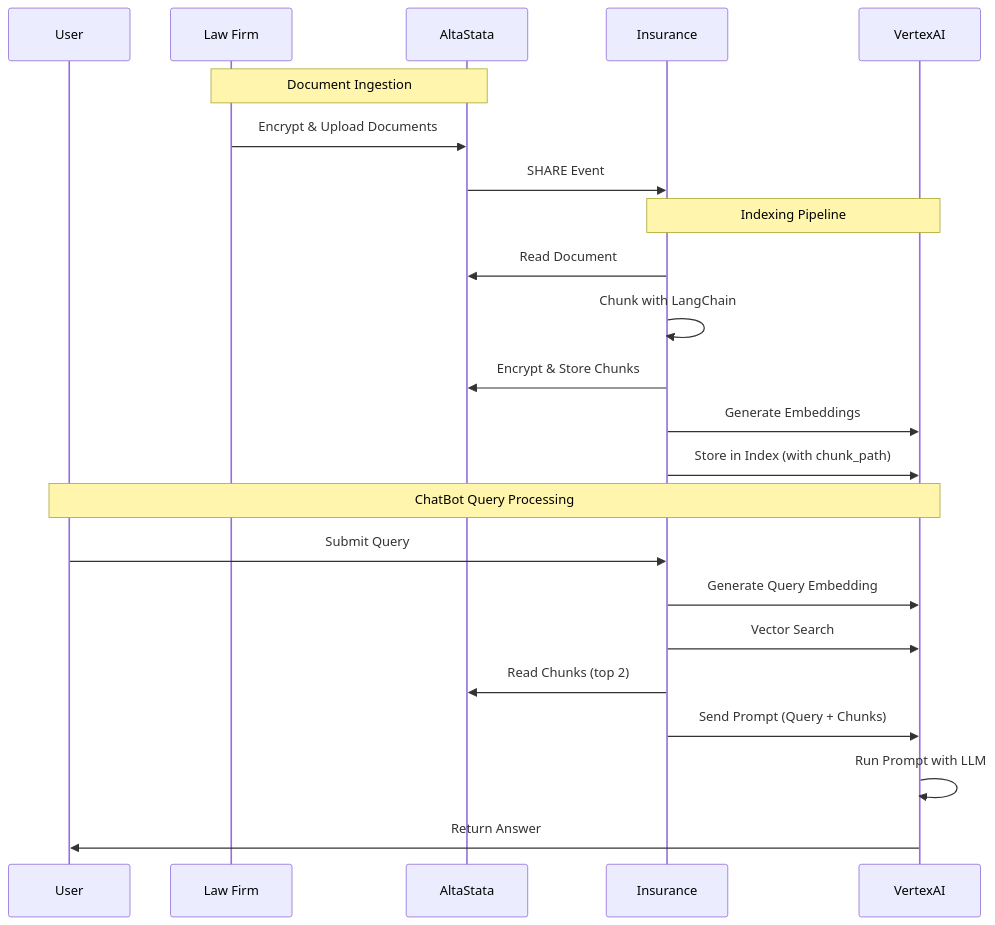
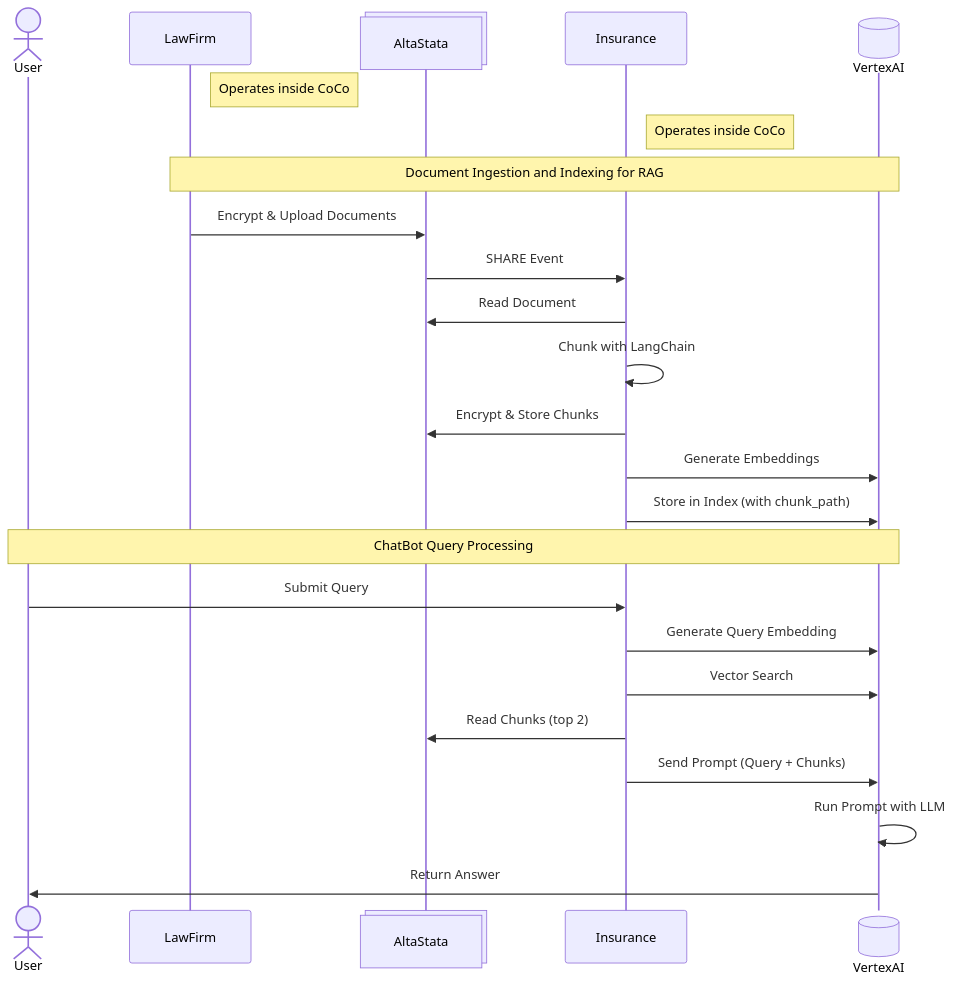
One commit to SergeVil/altastata-python-package changed the second of 2 diagrams in rag-example/rag_architecture_diagram.md. Above: the diagram before and after it, drawn with Mermaid.

Commit message:
Improve RAG architecture diagram: add actor/participant types and CoCo context

````diff
--- a/rag-example/rag_architecture_diagram.md
+++ b/rag-example/rag_architecture_diagram.md
@@ -89,28 +89,26 @@
 ```mermaid
 sequenceDiagram
-    participant User
-    participant Law Firm
-    participant AltaStata
+    actor User
+    participant LawFirm
+    Note right of LawFirm: Operates inside CoCo
+    participant AltaStata@{ "type": "collections" }
     participant Insurance
-    participant VertexAI
-    
-    Note over Law Firm,AltaStata: Document Ingestion
-    Law Firm->>AltaStata: Encrypt & Upload Documents
+    Note right of Insurance: Operates inside CoCo
+    participant VertexAI@{ "type": "database" }
+    Note over LawFirm,VertexAI: Document Ingestion and Indexing for RAG
+    LawFirm->>AltaStata: Encrypt & Upload Documents
     AltaStata->>Insurance: SHARE Event
-    
-    Note over Insurance,VertexAI: Indexing Pipeline
     Insurance->>AltaStata: Read Document
     Insurance->>Insurance: Chunk with LangChain
     Insurance->>AltaStata: Encrypt & Store Chunks
     Insurance->>VertexAI: Generate Embeddings
     Insurance->>VertexAI: Store in Index (with chunk_path)
-    
     Note over User,VertexAI: ChatBot Query Processing
     User->>Insurance: Submit Query
     Insurance->>VertexAI: Generate Query Embedding
     Insurance->>VertexAI: Vector Search
     Insurance->>AltaStata: Read Chunks (top 2)
     Insurance->>VertexAI: Send Prompt (Query + Chunks)
     VertexAI->>VertexAI: Run Prompt with LLM
     VertexAI->>User: Return Answer
 ```
````
